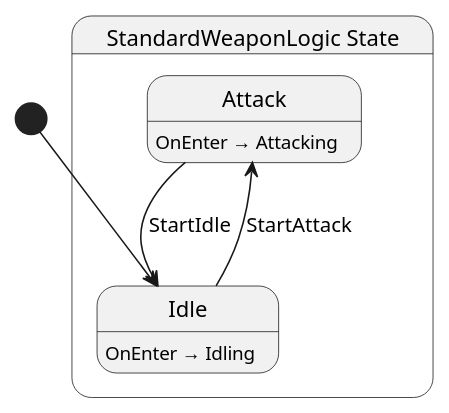
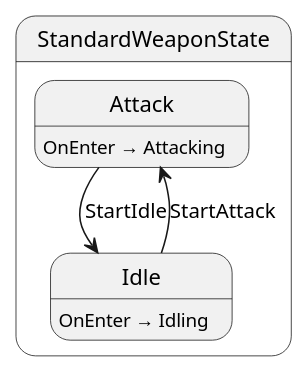
One commit to Ygoat/EternalJourney changed the diagram in src/weapon/abstract/state/StandardWeaponLogic.g.puml. Above: the diagram before and after it, drawn with PlantUML. The commit also changed 56 other files, not shown here.

```diff
--- a/src/weapon/abstract/state/StandardWeaponLogic.g.puml
+++ b/src/weapon/abstract/state/StandardWeaponLogic.g.puml
@@ -1,14 +1,12 @@
-@startuml StandardWeaponLogic
-state "StandardWeaponLogic State" as EternalJourney_Weapon_Abstract_State_StandardWeaponLogic_State {
-  state "Attack" as EternalJourney_Weapon_Abstract_State_StandardWeaponLogic_State_Attack
-  state "Idle" as EternalJourney_Weapon_Abstract_State_StandardWeaponLogic_State_Idle
+@startuml StandardWeaponState
+state "StandardWeaponState" as EternalJourney_Weapon_Abstract_State_StandardWeaponState {
+  state "Attack" as EternalJourney_Weapon_Abstract_State_StandardWeaponState_Attack
+  state "Idle" as EternalJourney_Weapon_Abstract_State_StandardWeaponState_Idle
 }
 
-EternalJourney_Weapon_Abstract_State_StandardWeaponLogic_State_Attack --> EternalJourney_Weapon_Abstract_State_StandardWeaponLogic_State_Idle : StartIdle
-EternalJourney_Weapon_Abstract_State_StandardWeaponLogic_State_Idle --> EternalJourney_Weapon_Abstract_State_StandardWeaponLogic_State_Attack : StartAttack
+EternalJourney_Weapon_Abstract_State_StandardWeaponState_Attack --> EternalJourney_Weapon_Abstract_State_StandardWeaponState_Idle : StartIdle
+EternalJourney_Weapon_Abstract_State_StandardWeaponState_Idle --> EternalJourney_Weapon_Abstract_State_StandardWeaponState_Attack : StartAttack
 
-EternalJourney_Weapon_Abstract_State_StandardWeaponLogic_State_Attack : OnEnter → Attacking
-EternalJourney_Weapon_Abstract_State_StandardWeaponLogic_State_Idle : OnEnter → Idling
-
-[*] --> EternalJourney_Weapon_Abstract_State_StandardWeaponLogic_State_Idle
+EternalJourney_Weapon_Abstract_State_StandardWeaponState_Attack : OnEnter → Attacking
+EternalJourney_Weapon_Abstract_State_StandardWeaponState_Idle : OnEnter → Idling
 @enduml
```
